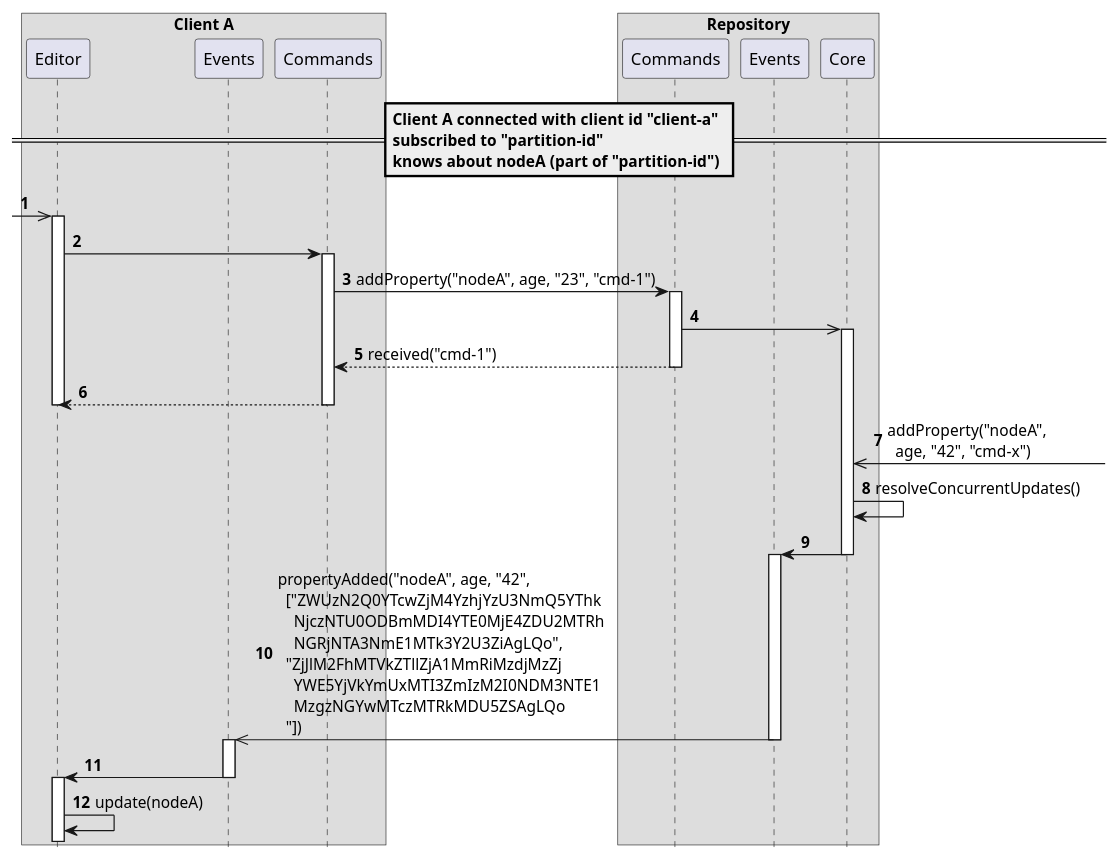
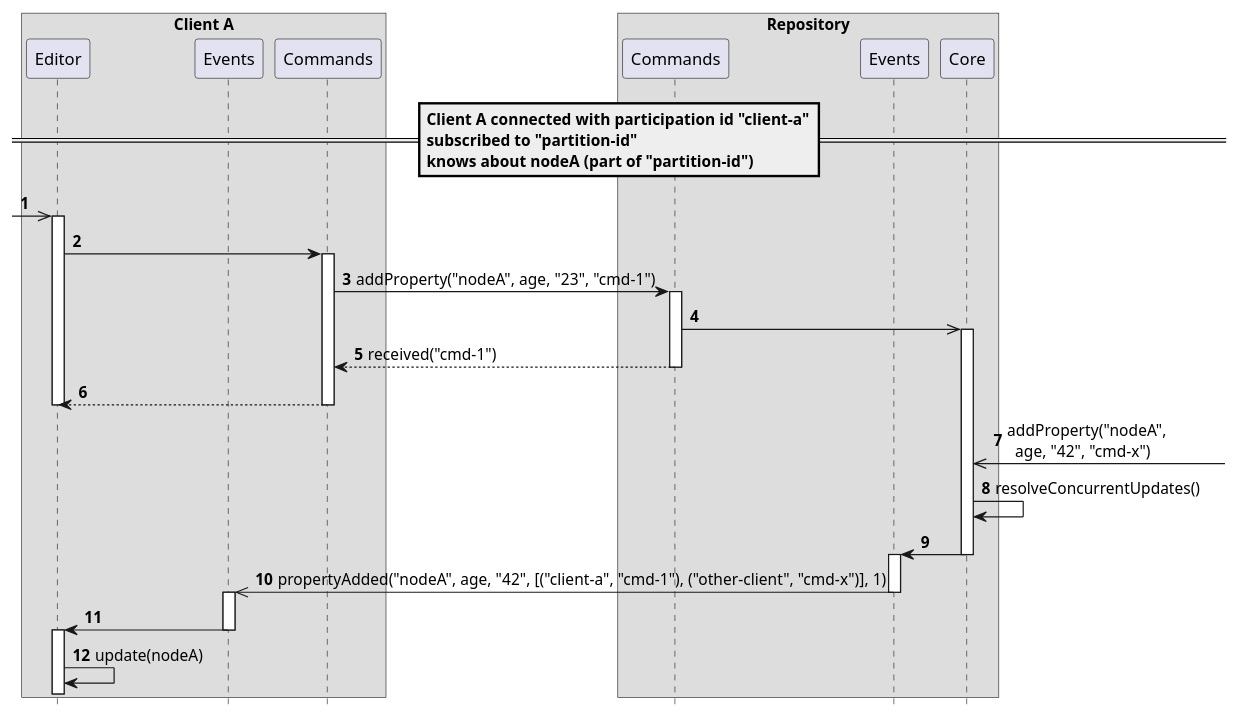
The diagram in delta/scenarios/concurrentChangeRemoteUpdate.adoc (LionWeb-io/specification), drawn with PlantUML before and after one commit. The commit also changed other lines of this file and 20 other files, not shown here.

```diff
--- a/delta/scenarios/concurrentChangeRemoteUpdate.adoc
+++ b/delta/scenarios/concurrentChangeRemoteUpdate.adoc
@@ -2,48 +2,48 @@
 [plantuml,concurrentChangeRemoteUpdate,svg]
 ----
 hide footbox
 autonumber
 
 box "Client A"
   participant Editor as editor
   participant Events as clientEvent
   participant Commands as clientCmd
 end box
 
 box "Repository"
   participant Commands as repoCmd
   participant Events as repoEvent
   participant Core as core
 end box
 
-== Client A connected with client id "client-a"\nsubscribed to "partition-id"\nknows about nodeA (part of "partition-id") ==
+== Client A connected with participation id "client-a"\nsubscribed to "partition-id"\nknows about nodeA (part of "partition-id") ==
 
 [->> editor ++
 editor -> clientCmd ++
 clientCmd -> repoCmd ++: addProperty("nodeA", age, "23", "cmd-1")
 repoCmd ->> core
 activate core
 clientCmd <-- repoCmd: received("cmd-1")
 deactivate repoCmd
 editor <-- clientCmd
 deactivate clientCmd
 deactivate editor
 
 core <<-]: addProperty("nodeA",\n  age, "42", "cmd-x")
 
 core -> core: resolveConcurrentUpdates()
 
 core -> repoEvent
 deactivate core
 
 activate repoEvent
-clientEvent <<- repoEvent: propertyAdded("nodeA", age, "42",\n  ["ZWUzN2Q0YTcwZjM4YzhjYzU3NmQ5YThk\n    NjczNTU0ODBmMDI4YTE0MjE4ZDU2MTRh\n    NGRjNTA3NmE1MTk3Y2U3ZiAgLQo",\n  "ZjJlM2FhMTVkZTllZjA1MmRiMzdjMzZj\n    YWE5YjVkYmUxMTI3ZmIzM2I0NDM3NTE1\n    MzgzNGYwMTczMTRkMDU5ZSAgLQo\n  "])
+clientEvent <<- repoEvent: propertyAdded("nodeA", age, "42", [("client-a", "cmd-1"), ("other-client", "cmd-x")], 1)
 deactivate repoEvent
 
 activate clientEvent
 clientEvent -> editor
 deactivate clientEvent
 
 activate editor
 editor -> editor: update(nodeA)
 ----
```
